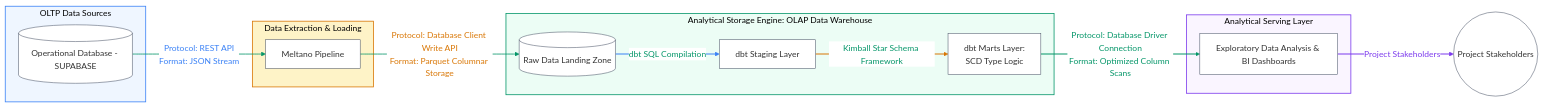
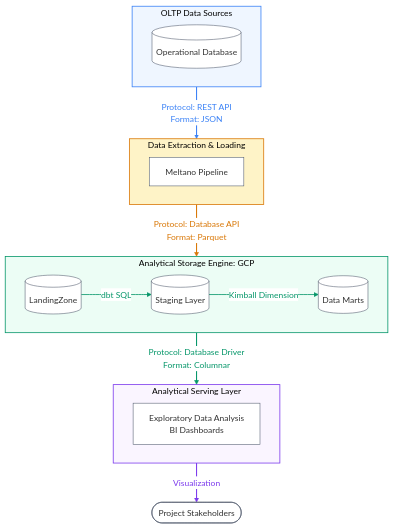
Before and after one commit to zeroonyx/DSAI5_M2_team2_groupproject: the diagram in README.md, drawn with Mermaid. The commit also changed other lines of this file and 12 other files, not shown here.

````diff
--- a/README.md
+++ b/README.md
@@ -37,64 +37,65 @@
 ```mermaid
 %%{init: { 
   'theme': 'base', 
   'themeVariables': { 
     'background': '#ffffff', 
     'primaryColor': '#ffffff', 
     'lineColor': '#4a5568', 
     'tertiaryColor': '#ffffff'
   } 
 }}%%
-graph LR
+graph TD
     %% Distinct sub level (subgraph) styling
     style Src fill:#eff6ff,stroke:#3b82f6,stroke-width:1.5px;
     style Ingest fill:#fef3c7,stroke:#d97706,stroke-width:1.5px;
     style Warehouse fill:#ecfdf5,stroke:#059669,stroke-width:1.5px;
     style Serving fill:#faf5ff,stroke:#7c3aed,stroke-width:1.5px;
 
     %% Consistent node styling
     classDef default fill:#ffffff,stroke:#4a5568,stroke-width:1px;
 
     %% 1. Source Systems
     subgraph Src [OLTP Data Sources]
-        A[(Operational Database - SUPABASE)]
+        A[(Operational Database)]
     end
 
     %% 2. Ingestion Pipeline
     subgraph Ingest [Data Extraction & Loading]
         B[Meltano Pipeline]
     end
 
     %% 3. Simplified Unified Warehouse
-    subgraph Warehouse [Analytical Storage Engine: OLAP Data Warehouse]
-        C[(Raw Data Landing Zone)]
-        C -->|<font color='#059669'>dbt SQL Compilation</font>| D[dbt Staging Layer]
-        D -->|<font color='#059669'>Kimball Star Schema Framework</font>| E[dbt Marts Layer:<br>SCD Type Logic]
+    subgraph Warehouse [Analytical Storage Engine: GCP]
+    direction LR
+        C[(LandingZone)]
+        C -->|<font color='#059669'>dbt SQL </font>| D[(Staging Layer)]
+        D -->|<font color='#059669'>Kimball Dimension</font>| E[(Data Marts)]
     end
 
     %% 4. Access
     subgraph Serving [Analytical Serving Layer]
-        F[Exploratory Data Analysis & BI Dashboards]
+        F[Exploratory Data Analysis<br>BI Dashboards]
     end
 
-    %% Connections with Protocol and Format (with matching label colors)
-    A -->|<font color='#3b82f6'>Protocol: REST API<br>Format: JSON Stream</font>| B
-    B -->|<font color='#d97706'>Protocol: Database Client Write API<br>Format: Parquet Columnar Storage</font>| C
-    E -->|<font color='#059669'>Protocol: Database Driver Connection<br>Format: Optimized Column Scans</font>| F
+    %% Cross Subgraph Connections pointing directly to the subgraphs
+    Src -->|<font color='#3b82f6'>Protocol: REST API<br>Format: JSON</font>| Ingest
+    Ingest -->|<font color='#d97706'>Protocol: Database API<br>Format: Parquet</font>| Warehouse
+    Warehouse -->|<font color='#059669'>Protocol: Database Driver <br>Format: Columnar</font>| Serving
 
     %% Output
-    F -->|<font color='#7c3aed'>Project Stakeholders</font>| L((Project Stakeholders))
+    Serving -->|<font color='#7c3aed'>Visualization</font>| L([Project Stakeholders])
 
     %% Colored link assignments for clear connection levels
-    %% Connection from Src to Ingest
-    linkStyle 0 stroke:#3b82f6,stroke-width:2px; 
-    %% Connection from Ingest to Warehouse
-    linkStyle 1 stroke:#d97706,stroke-width:2px; 
-    %% Internal Warehouse link
-    linkStyle 2 stroke:#059669,stroke-width:1.5px; 
-    %% Internal Warehouse link
-    linkStyle 3 stroke:#059669,stroke-width:1.5px; 
-    %% Connection from Warehouse to Serving
+    %% Internal Warehouse link (C to D)
+    linkStyle 0 stroke:#059669,stroke-width:1.5px; 
+    %% Internal Warehouse link (D to E)
+    linkStyle 1 stroke:#059669,stroke-width:1.5px; 
+    %% Connection from Src subgraph to Ingest subgraph
+    linkStyle 2 stroke:#3b82f6,stroke-width:2px; 
+    %% Connection from Ingest subgraph to Warehouse subgraph
+    linkStyle 3 stroke:#d97706,stroke-width:2px; 
+    %% Connection from Warehouse subgraph to Serving subgraph
     linkStyle 4 stroke:#059669,stroke-width:2px; 
-    %% Connection from Serving to Stakeholders
+    %% Connection from Serving subgraph to Stakeholders
     linkStyle 5 stroke:#7c3aed,stroke-width:2px;
 ```
````
